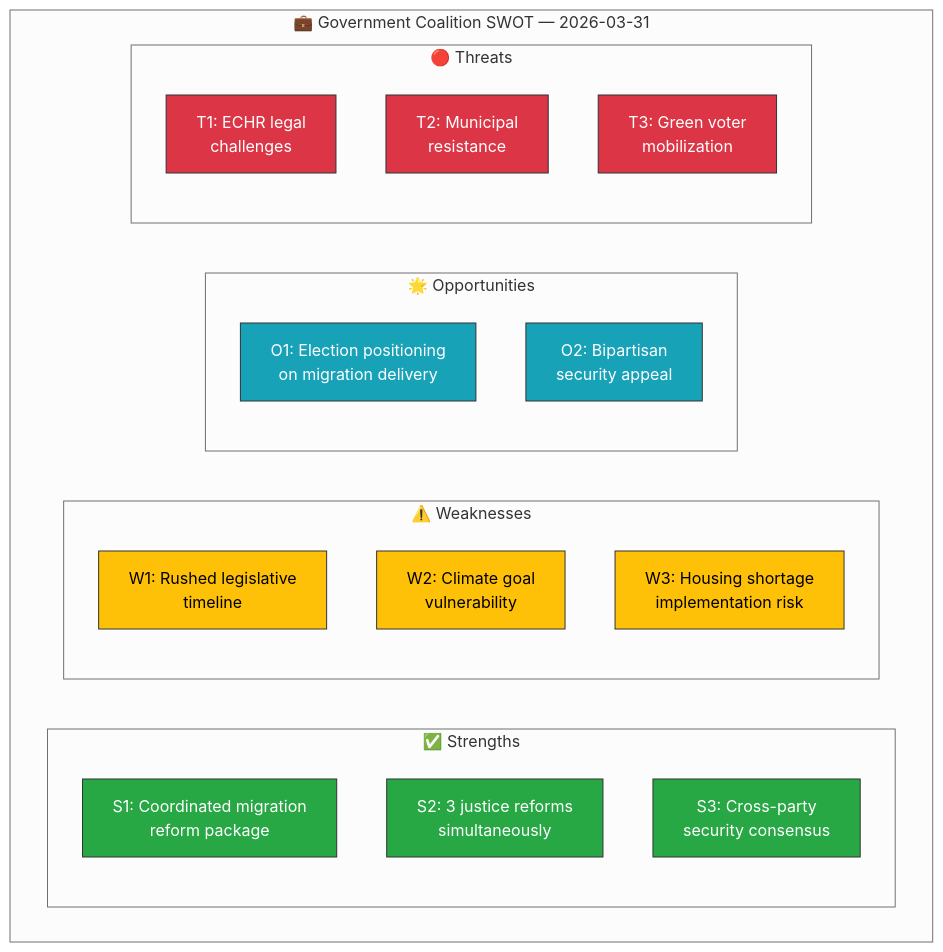
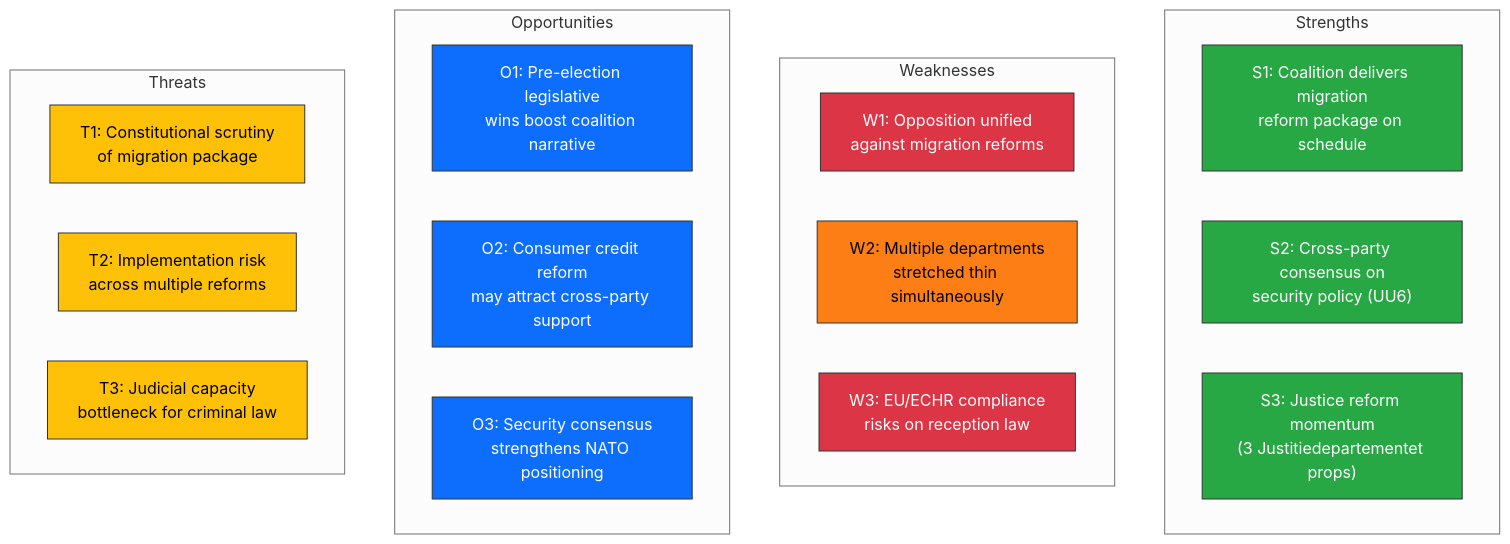
One commit to Hack23/riksdagsmonitor changed the diagram in analysis/daily/2026-03-31/swot-analysis.md. Above: the diagram before and after it, drawn with Mermaid (neutral theme). The commit also changed other lines of this file and 16 other files, not shown here.

````diff
--- a/analysis/daily/2026-03-31/swot-analysis.md
+++ b/analysis/daily/2026-03-31/swot-analysis.md
@@ -66,36 +24,35 @@
 ```mermaid
 graph TD
-    subgraph "💼 Government Coalition SWOT — 2026-03-31"
-        subgraph "✅ Strengths"
-            S1["S1: Coordinated migration<br/>reform package"]
-            S2["S2: 3 justice reforms<br/>simultaneously"]
-            S3["S3: Cross-party<br/>security consensus"]
-        end
-        subgraph "⚠️ Weaknesses"
-            W1["W1: Rushed legislative<br/>timeline"]
-            W2["W2: Climate goal<br/>vulnerability"]
-            W3["W3: Housing shortage<br/>implementation risk"]
-        end
-        subgraph "🌟 Opportunities"
-            O1["O1: Election positioning<br/>on migration delivery"]
-            O2["O2: Bipartisan<br/>security appeal"]
-        end
-        subgraph "🔴 Threats"
-            T1["T1: ECHR legal<br/>challenges"]
-            T2["T2: Municipal<br/>resistance"]
-            T3["T3: Green voter<br/>mobilization"]
-        end
+    subgraph Strengths
+        S1["S1: Coalition delivers migration<br/>reform package on schedule"]
+        S2["S2: Cross-party consensus on<br/>security policy (UU6)"]
+        S3["S3: Justice reform momentum<br/>(3 Justitiedepartementet props)"]
     end
-
+    subgraph Weaknesses
+        W1["W1: Opposition unified<br/>against migration reforms"]
+        W2["W2: Multiple departments<br/>stretched thin simultaneously"]
+        W3["W3: EU/ECHR compliance<br/>risks on reception law"]
+    end
+    subgraph Opportunities
+        O1["O1: Pre-election legislative<br/>wins boost coalition narrative"]
+        O2["O2: Consumer credit reform<br/>may attract cross-party support"]
+        O3["O3: Security consensus<br/>strengthens NATO positioning"]
+    end
+    subgraph Threats
+        T1["T1: Constitutional scrutiny<br/>of migration package"]
+        T2["T2: Implementation risk<br/>across multiple reforms"]
+        T3["T3: Judicial capacity<br/>bottleneck for criminal law"]
+    end
     style S1 fill:#28a745,stroke:#333,color:#fff
     style S2 fill:#28a745,stroke:#333,color:#fff
     style S3 fill:#28a745,stroke:#333,color:#fff
-    style W1 fill:#ffc107,stroke:#333,color:#000
-    style W2 fill:#ffc107,stroke:#333,color:#000
-    style W3 fill:#ffc107,stroke:#333,color:#000
-    style O1 fill:#17a2b8,stroke:#333,color:#fff
-    style O2 fill:#17a2b8,stroke:#333,color:#fff
-    style T1 fill:#dc3545,stroke:#333,color:#fff
-    style T2 fill:#dc3545,stroke:#333,color:#fff
-    style T3 fill:#dc3545,stroke:#333,color:#fff
+    style W1 fill:#dc3545,stroke:#333,color:#fff
+    style W2 fill:#fd7e14,stroke:#333,color:#000
+    style W3 fill:#dc3545,stroke:#333,color:#fff
+    style O1 fill:#0d6efd,stroke:#333,color:#fff
+    style O2 fill:#0d6efd,stroke:#333,color:#fff
+    style O3 fill:#0d6efd,stroke:#333,color:#fff
+    style T1 fill:#ffc107,stroke:#333,color:#000
+    style T2 fill:#ffc107,stroke:#333,color:#000
+    style T3 fill:#ffc107,stroke:#333,color:#000
 ```
````
